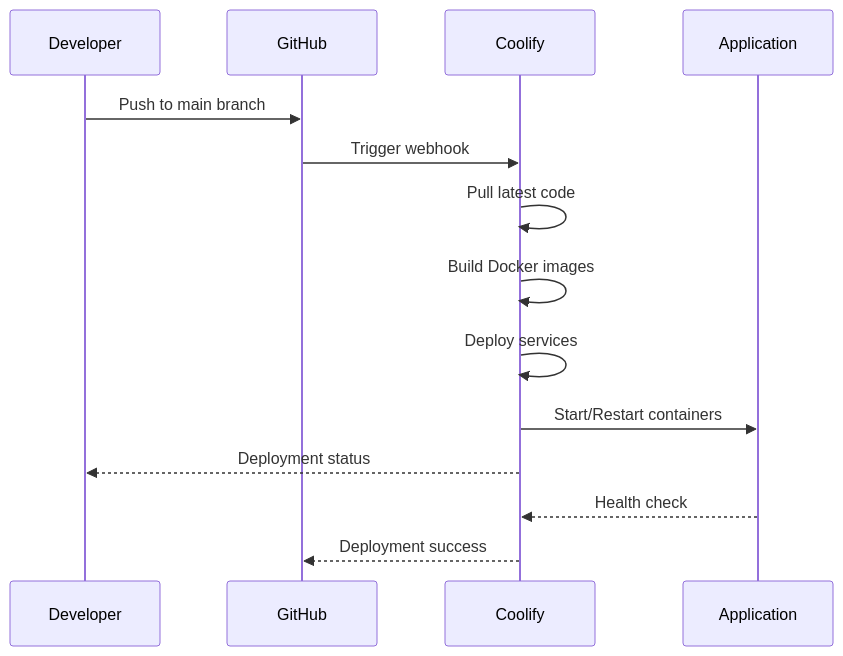
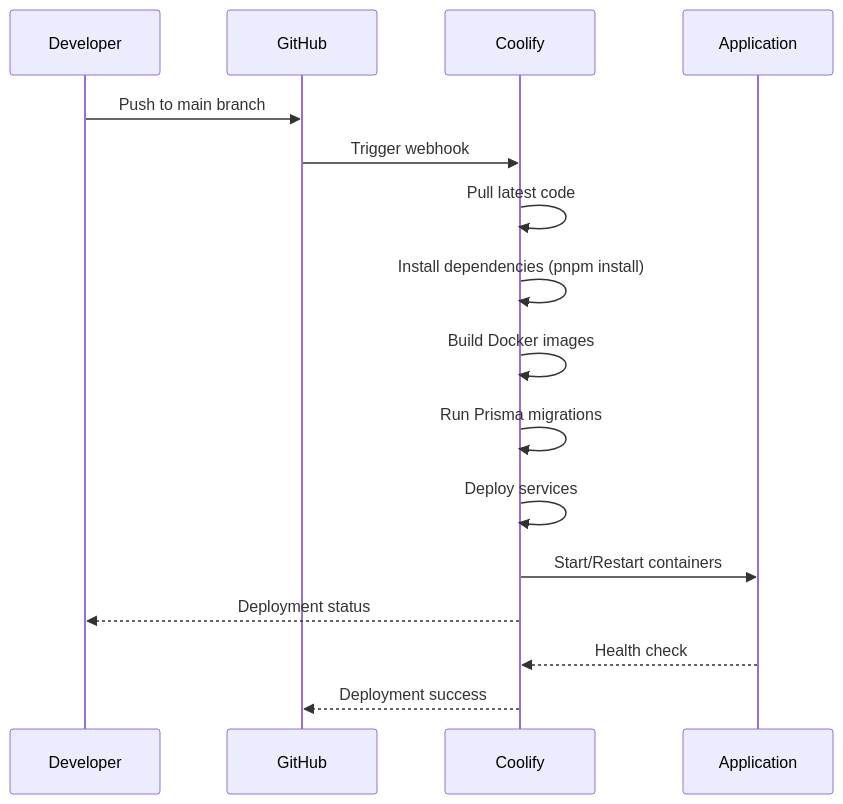
The eighth of 10 diagrams in plans/02-system-architecture.md (Zenderg/hookah-wishlist), drawn with Mermaid before and after one commit. The commit also changed other lines of this file and 6 other files, not shown here.

````diff
--- a/plans/02-system-architecture.md
+++ b/plans/02-system-architecture.md
@@ -469,17 +616,19 @@
 ```mermaid
 sequenceDiagram
     participant DEV as Developer
     participant GH as GitHub
     participant CF as Coolify
     participant APP as Application
     
     DEV->>GH: Push to main branch
     GH->>CF: Trigger webhook
     CF->>CF: Pull latest code
+    CF->>CF: Install dependencies (pnpm install)
     CF->>CF: Build Docker images
+    CF->>CF: Run Prisma migrations
     CF->>CF: Deploy services
     CF->>APP: Start/Restart containers
     CF-->>DEV: Deployment status
     APP-->>CF: Health check
     CF-->>GH: Deployment success
 ```
````
